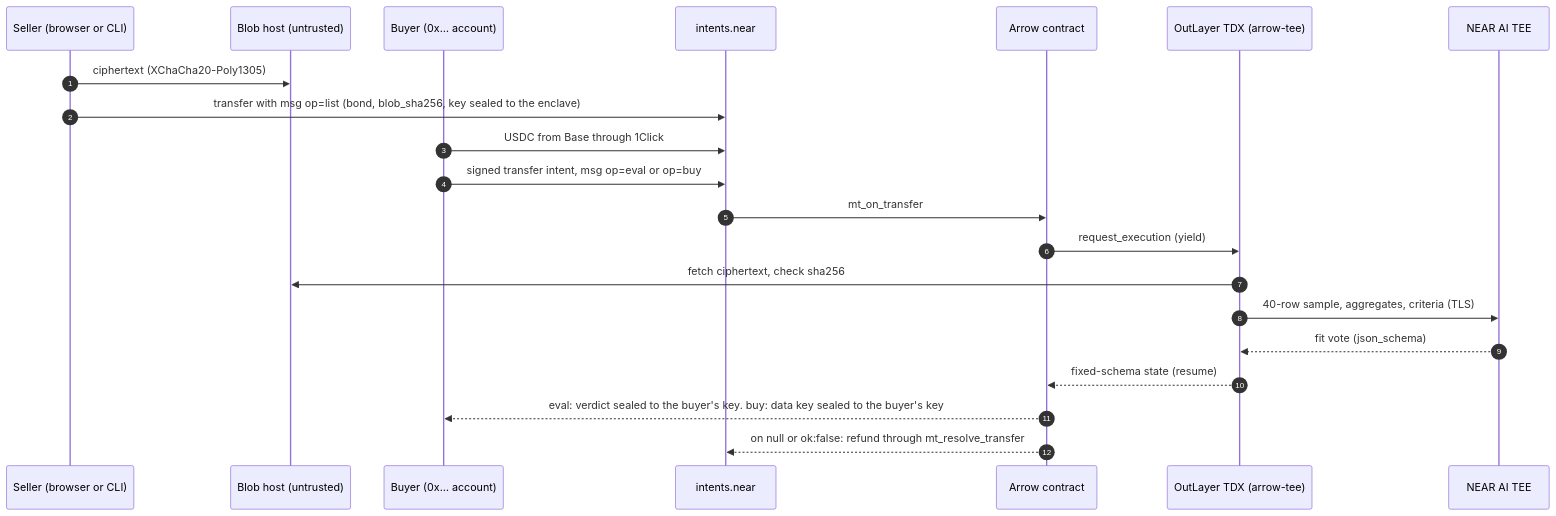
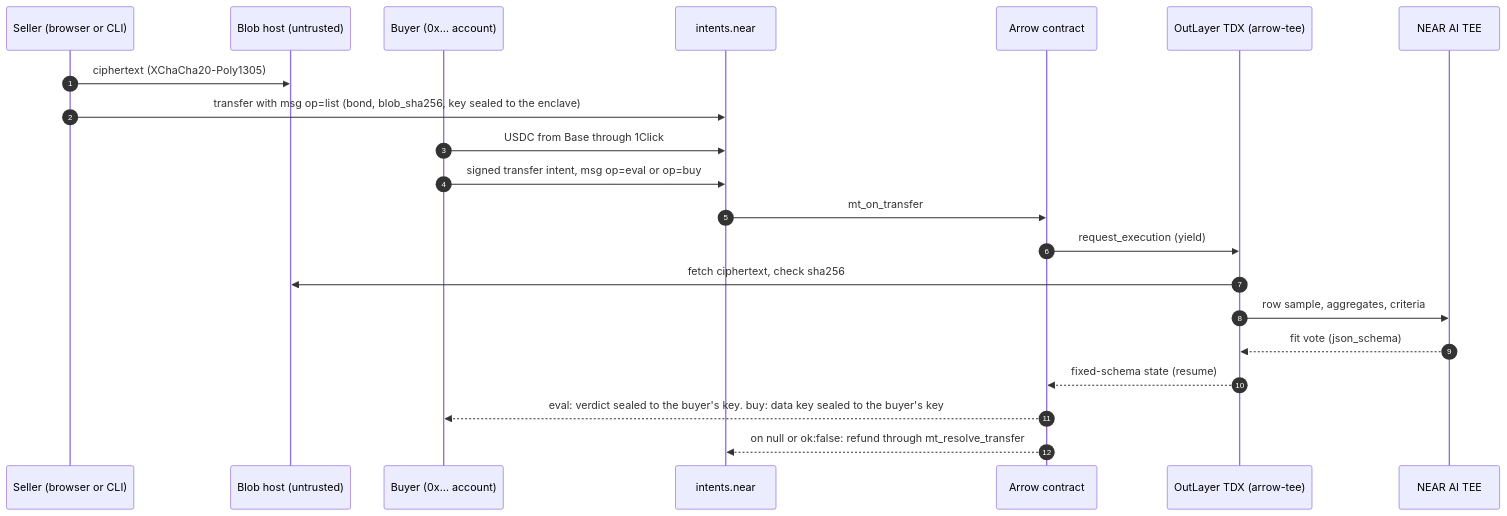
Before and after one commit to yigitcangokmen/arrow: the diagram in README.md, drawn with Mermaid. The commit also changed other lines of this file and 11 other files, not shown here.

````diff
--- a/README.md
+++ b/README.md
@@ -94,23 +92,23 @@
 ```mermaid
 sequenceDiagram
   autonumber
   participant S as Seller (browser or CLI)
   participant H as Blob host (untrusted)
   participant B as Buyer (0x… account)
   participant I as intents.near
   participant C as Arrow contract
   participant T as OutLayer TDX (arrow-tee)
   participant A as NEAR AI TEE
   S->>H: ciphertext (XChaCha20-Poly1305)
   S->>I: transfer with msg op=list (bond, blob_sha256, key sealed to the enclave)
   B->>I: USDC from Base through 1Click
   B->>I: signed transfer intent, msg op=eval or op=buy
   I->>C: mt_on_transfer
   C->>T: request_execution (yield)
   T->>H: fetch ciphertext, check sha256
-  T->>A: 40-row sample, aggregates, criteria (TLS)
+  T->>A: row sample, aggregates, criteria
   A-->>T: fit vote (json_schema)
   T-->>C: fixed-schema state (resume)
   C-->>B: eval: verdict sealed to the buyer's key. buy: data key sealed to the buyer's key
   C-->>I: on null or ok:false: refund through mt_resolve_transfer
 ```
````
